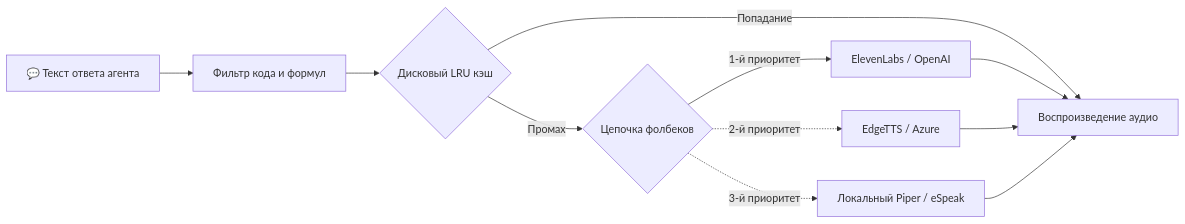
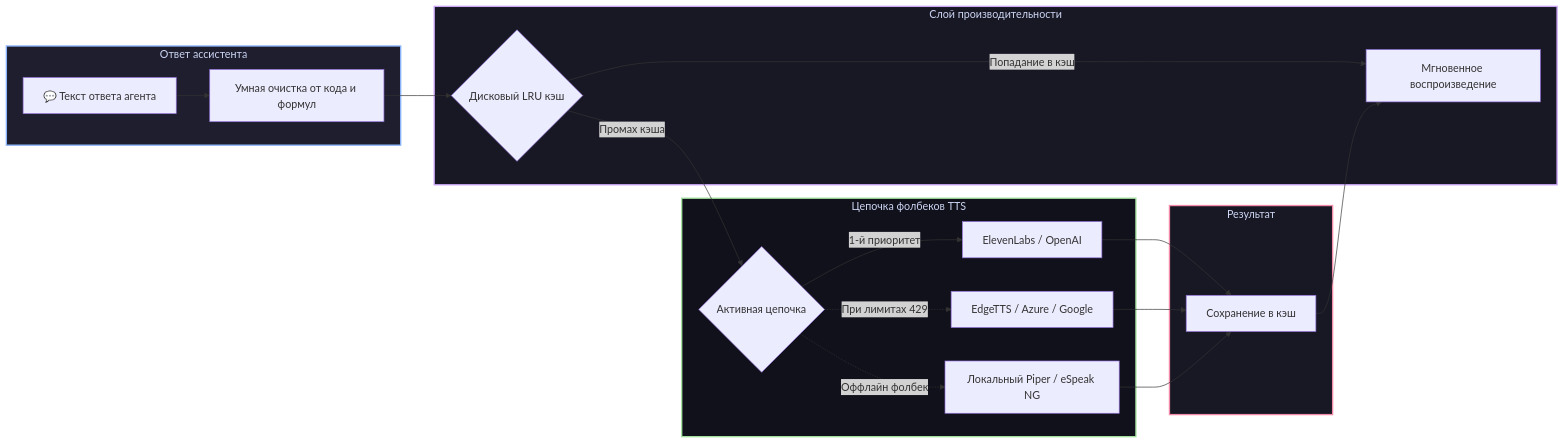
Before and after one commit to GooDAnDReaDY/dsh-tts: the diagram in README.ru.md, drawn with Mermaid. The commit also changed other lines of this file and 2 other files, not shown here.

Commit message:
docs: expand dsh-tts with 10+ provider matrix, text scrubbing engine, LRU caching & full translations

````diff
--- a/README.ru.md
+++ b/README.ru.md
@@ -28,13 +30,30 @@
 ```mermaid
 graph LR
-    Reply[💬 Текст ответа агента] --> Filter[Фильтр кода и формул]
-    Filter --> Cache{Дисковый LRU кэш}
-    Cache -->|Попадание| Audio[Воспроизведение аудио]
-    Cache -->|Промах| Chain{Цепочка фолбеков}
-    Chain -->|1-й приоритет| Eleven[ElevenLabs / OpenAI]
-    Chain -.->|2-й приоритет| Edge[EdgeTTS / Azure]
-    Chain -.->|3-й приоритет| Local[Локальный Piper / eSpeak]
-    Eleven --> Audio
-    Edge --> Audio
-    Local --> Audio
+    subgraph Input [Ответ ассистента]
+        Reply[💬 Текст ответа агента] --> Scrub[Умная очистка от кода и формул]
+    end
+
+    subgraph Cache [Слой производительности]
+        Scrub --> LRU{Дисковый LRU кэш}
+        LRU -->|Попадание в кэш| Play[Мгновенное воспроизведение]
+    end
+
+    subgraph Fallback [Цепочка фолбеков TTS]
+        LRU -->|Промах кэша| Chain{Активная цепочка}
+        Chain -->|1-й приоритет| P1[ElevenLabs / OpenAI]
+        Chain -.->|При лимитах 429| P2[EdgeTTS / Azure / Google]
+        Chain -.->|Оффлайн фолбек| P3[Локальный Piper / eSpeak NG]
+    end
+
+    subgraph Output [Результат]
+        P1 --> Store[Сохранение в кэш]
+        P2 --> Store
+        P3 --> Store
+        Store --> Play
+    end
+
+    style Input fill:#1e1e2e,stroke:#89b4fa,stroke-width:2px,color:#cdd6f4
+    style Cache fill:#181825,stroke:#cba6f7,stroke-width:2px,color:#cdd6f4
+    style Fallback fill:#11111b,stroke:#a6e3a1,stroke-width:2px,color:#cdd6f4
+    style Output fill:#181825,stroke:#f38ba8,stroke-width:2px,color:#cdd6f4
 ```
````
